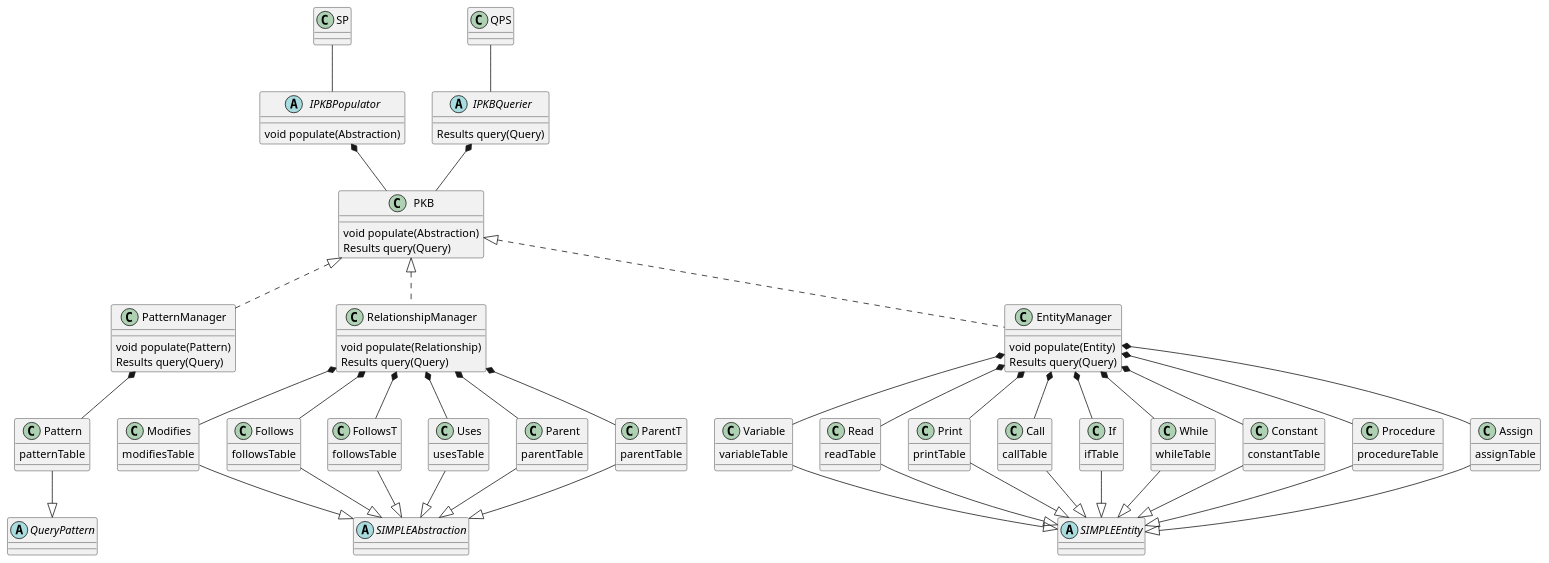
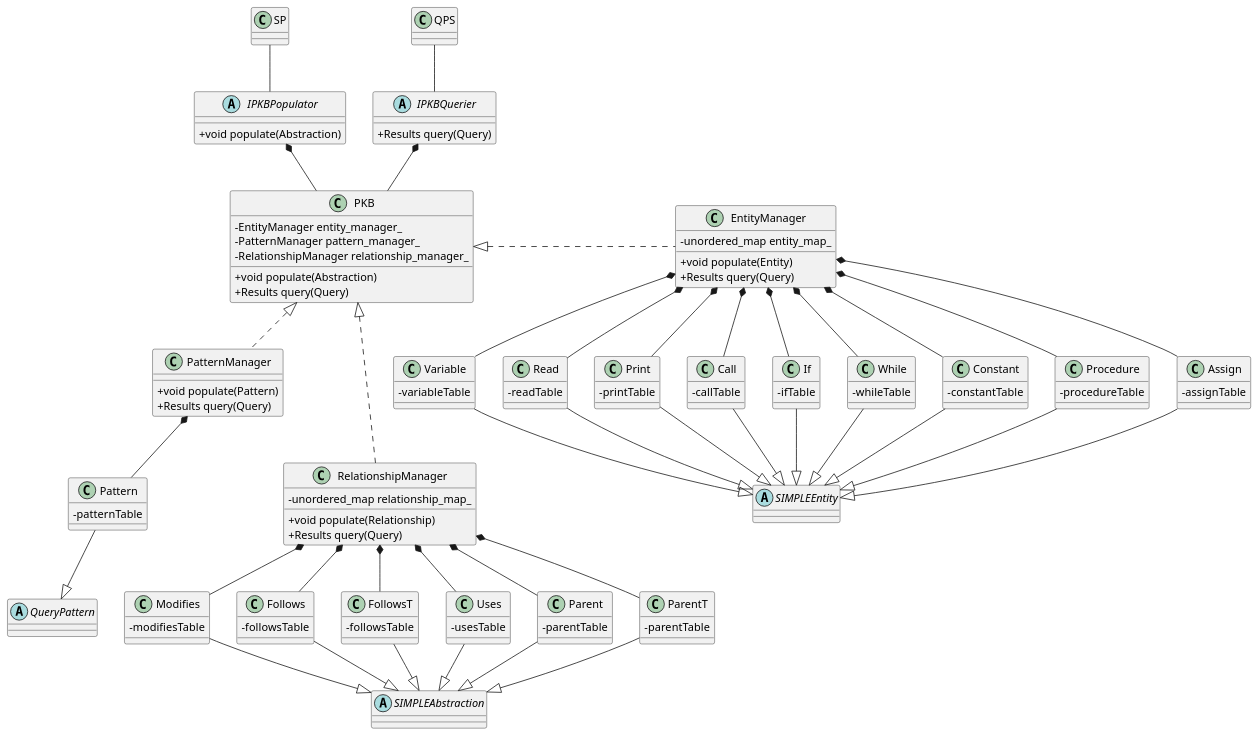
One commit to mazx4960/static-analyzer changed the diagram in docs/diagrams/PKBClassDiagram.puml. Above: the diagram before and after it, drawn with PlantUML.

Commit message:
docs: update uml diagram

```diff
--- a/docs/diagrams/PKBClassDiagram.puml
+++ b/docs/diagrams/PKBClassDiagram.puml
@@ -1,149 +1,155 @@
 @startuml
+skinparam classAttributeIconSize 0
 
 class SP
 class QPS
 class PKB
 
 abstract class IPKBPopulator {
-	void populate(Abstraction)
+	+void populate(Abstraction)
 }
 
 abstract class IPKBQuerier {
-	Results query(Query)
+	+Results query(Query)
 }
 
 class EntityManager {
-    void populate(Entity)
-    Results query(Query)
+    -unordered_map entity_map_
+    +void populate(Entity)
+    +Results query(Query)
 }
 class RelationshipManager {
-    void populate(Relationship)
-    Results query(Query)
+    -unordered_map relationship_map_
+    +void populate(Relationship)
+    +Results query(Query)
 }
 class PatternManager {
-    void populate(Pattern)
-    Results query(Query)
+    +void populate(Pattern)
+    +Results query(Query)
 }
 
 class PKB {
-    void populate(Abstraction)
-    Results query(Query)
+    -EntityManager entity_manager_
+    -PatternManager pattern_manager_
+    -RelationshipManager relationship_manager_
+    +void populate(Abstraction)
+    +Results query(Query)
 }
 
 abstract class "SIMPLEAbstraction"
 abstract class "SIMPLEEntity"
 abstract class "QueryPattern"
 
 class Variable {
-	variableTable
+	-variableTable
 }
 
 class Read {
-	readTable
+	-readTable
 }
 
 class Print {
-	printTable
+	-printTable
 }
 
 class Call {
-	callTable
+	-callTable
 }
 
 class If {
-	ifTable
+	-ifTable
 }
 
 class While {
-	whileTable
+	-whileTable
 }
 
 class Constant {
-	constantTable
+	-constantTable
 }
 
 class Procedure{
-	procedureTable
+	-procedureTable
 }
 
 class Assign {
-	assignTable
+	-assignTable
 }
 
 class Pattern {
-	patternTable
+	-patternTable
 }
 
 class Modifies {
-	modifiesTable
+	-modifiesTable
 }
 
 class Follows {
-	followsTable
+	-followsTable
 }
 
 class FollowsT {
-	followsTable
+	-followsTable
 }
 
 class Uses {
-	usesTable
+	-usesTable
 }
 
 class Parent{
-	parentTable
+	-parentTable
 }
 
 class ParentT {
-	parentTable
+	-parentTable
 }
 
 
 IPKBPopulator *-down- PKB
 IPKBQuerier *-down- PKB
 SP -down- IPKBPopulator
 QPS -down- IPKBQuerier
 
-PKB <|.down. EntityManager
+PKB <|.down EntityManager
 PKB <|.down.  PatternManager
-PKB <|.down.  RelationshipManager
+PKB <|.down.. RelationshipManager
 
 Variable -up-* EntityManager
 Read -up-* EntityManager
 Print  -up-* EntityManager
 Call -up-* EntityManager
 If -up-* EntityManager
 While -up-* EntityManager
 Constant -up-* EntityManager
 Procedure -up-* EntityManager
 Assign -up-* EntityManager
 
 Variable -down-|> SIMPLEEntity
 Read -down-|> SIMPLEEntity
 Print -down-|> SIMPLEEntity
 Call -down-|> SIMPLEEntity
 If -down-|> SIMPLEEntity
 While -down-|> SIMPLEEntity
 Constant -down-|> SIMPLEEntity
 Procedure -down-|> SIMPLEEntity
 Assign -down-|> SIMPLEEntity
 
 Modifies -up-* RelationshipManager
 Follows -up-* RelationshipManager
 FollowsT -up-* RelationshipManager
 Uses -up-* RelationshipManager
 Parent -up-* RelationshipManager
 ParentT -up-* RelationshipManager
 
 
 Modifies -down-|> SIMPLEAbstraction
 Follows -down-|> SIMPLEAbstraction
 FollowsT -down-|> SIMPLEAbstraction
 Uses -down-|> SIMPLEAbstraction
 Parent -down-|> SIMPLEAbstraction
 ParentT -down-|> SIMPLEAbstraction
 
 Pattern -up-* PatternManager
 Pattern -down-|> QueryPattern
 
 @enduml
```
